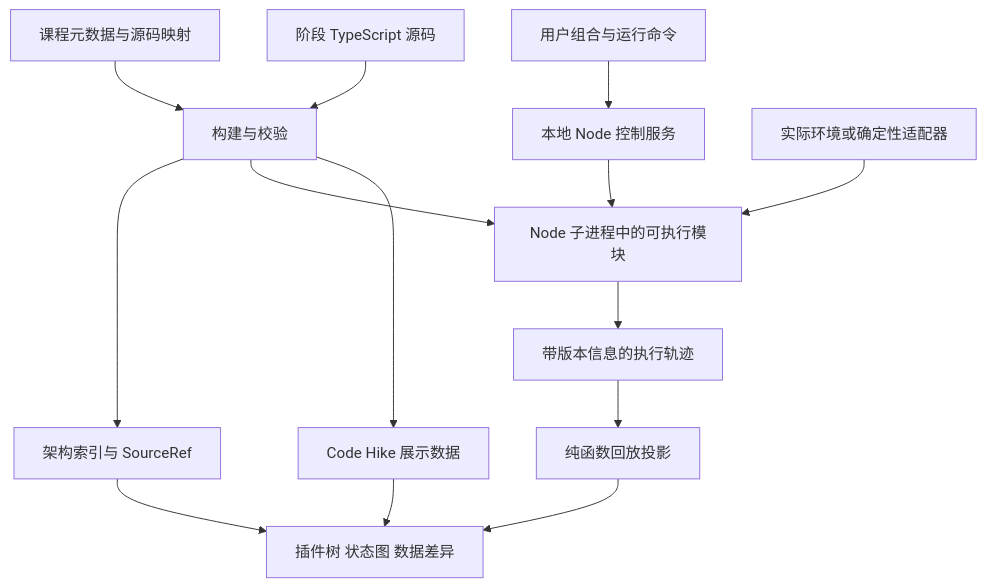
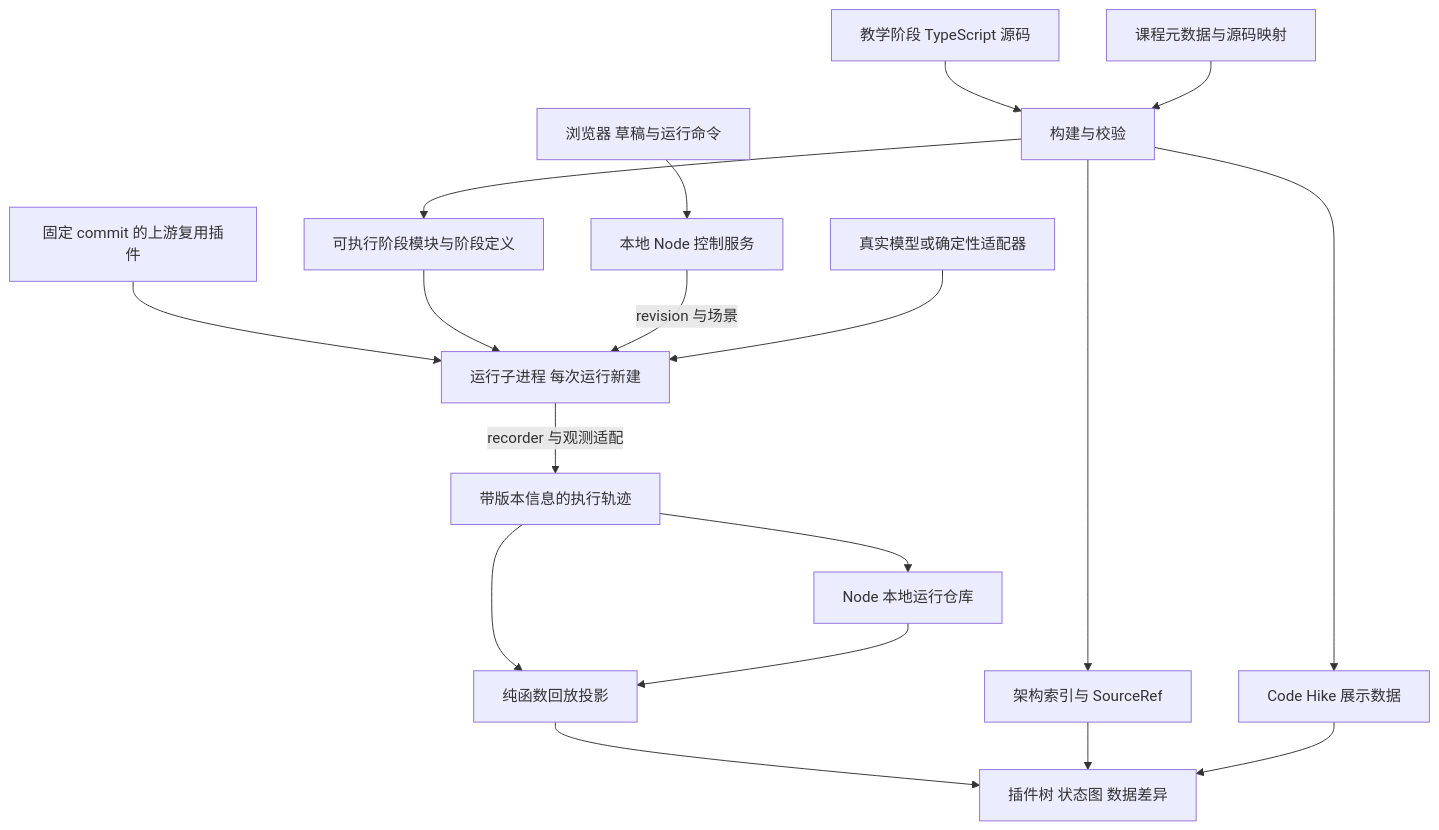
One commit to Maidang1/dsh changed the first of 2 diagrams in docs/02-technical-architecture.md. Above: the diagram before and after it, drawn with Mermaid. The commit also changed other lines of this file and 6 other files, not shown here.

````diff
--- a/docs/02-technical-architecture.md
+++ b/docs/02-technical-architecture.md
@@ -13,16 +15,20 @@
 ```mermaid
 flowchart TD
-    S[阶段 TypeScript 源码] --> B[构建与校验]
+    S[教学阶段 TypeScript 源码] --> B[构建与校验]
     M[课程元数据与源码映射] --> B
     B --> C[Code Hike 展示数据]
-    B --> W[Node 子进程中的可执行模块]
+    B --> X[可执行阶段模块与阶段定义]
     B --> A[架构索引与 SourceRef]
-    U[用户组合与运行命令] --> N[本地 Node 控制服务]
-    N --> W
-    E[实际环境或确定性适配器] --> W
-    W --> T[带版本信息的执行轨迹]
+    UP[固定 commit 的上游复用插件] --> R
+    X --> R[运行子进程 每次运行新建]
+    U[浏览器 草稿与运行命令] --> N[本地 Node 控制服务]
+    N -->|revision 与场景| R
+    E[真实模型或确定性适配器] --> R
+    R -->|recorder 与观测适配| T[带版本信息的执行轨迹]
+    T --> F[Node 本地运行仓库]
     T --> P[纯函数回放投影]
+    F --> P
     P --> V[插件树 状态图 数据差异]
     A --> V
     C --> V
 ```
````
